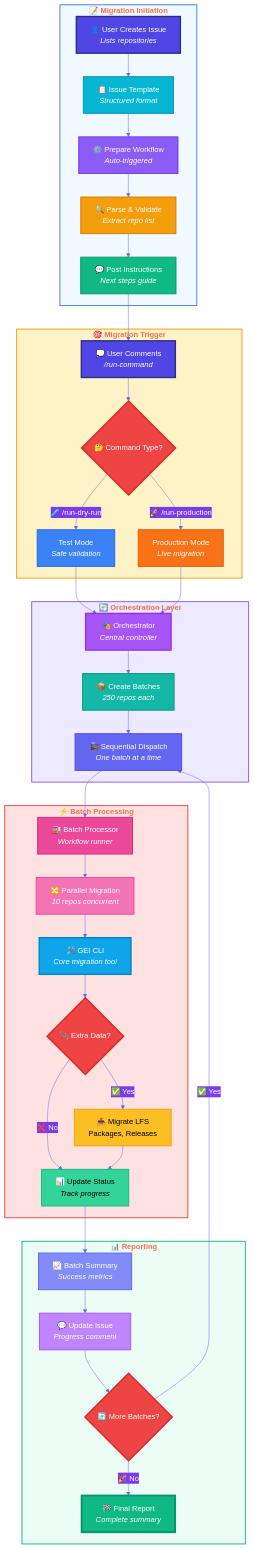
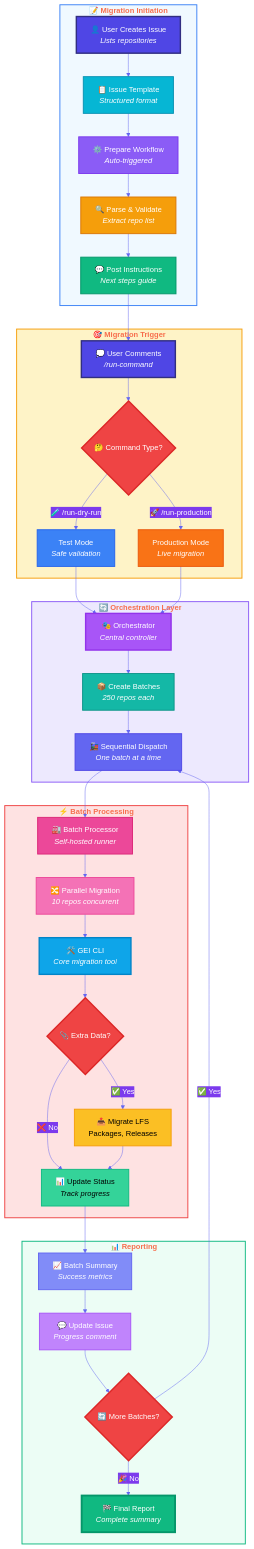
The first of 2 diagrams in README.md (cvega/migraction), drawn with Mermaid before and after one commit. The commit also changed other lines of this file, not shown here.

````diff
--- a/README.md
+++ b/README.md
@@ -295,68 +307,68 @@
 ```mermaid
 %%{init: {'theme':'base', 'themeVariables': { 'primaryColor':'#1f2937', 'primaryBorderColor':'#4f46e5', 'primaryTextColor':'#fff', 'lineColor':'#6366f1', 'secondaryColor':'#7c3aed', 'tertiaryColor':'#0891b2', 'background':'#f8fafc', 'mainBkg':'#ffffff', 'secondBkg':'#f1f5f9', 'tertiaryBkg':'#e0e7ff', 'textColor':'#1e293b', 'fontSize':'16px'}}}%%
 graph TB
     subgraph INIT["<b>📝 Migration Initiation</b>"]
         A["👤 User Creates Issue<br/><i>Lists repositories</i>"]:::userAction --> B["📋 Issue Template<br/><i>Structured format</i>"]:::template
         B --> C["⚙️ Prepare Workflow<br/><i>Auto-triggered</i>"]:::workflow
         C --> D["🔍 Parse & Validate<br/><i>Extract repo list</i>"]:::process
         D --> E["💬 Post Instructions<br/><i>Next steps guide</i>"]:::output
     end
     
     subgraph TRIGGER["<b>🎯 Migration Trigger</b>"]
         E --> F["💭 User Comments<br/><i>/run-command</i>"]:::userAction
         F --> G{"🤔 Command Type?"}:::decision
         G -->|"🧪 /run-dry-run"| H["Test Mode<br/><i>Safe validation</i>"]:::dryrun
         G -->|"🚀 /run-production"| I["Production Mode<br/><i>Live migration</i>"]:::production
     end
     
     subgraph ORCHESTRATE["<b>🔄 Orchestration Layer</b>"]
         H --> J["🎭 Orchestrator<br/><i>Central controller</i>"]:::orchestrator
         I --> J
         J --> K["📦 Create Batches<br/><i>250 repos each</i>"]:::batch
         K --> L["🚂 Sequential Dispatch<br/><i>One batch at a time</i>"]:::dispatch
     end
     
     subgraph PROCESS["<b>⚡ Batch Processing</b>"]
-        L --> M["🏭 Batch Processor<br/><i>Workflow runner</i>"]:::processor
+        L --> M["🏭 Batch Processor<br/><i>Self-hosted runner</i>"]:::processor
         M --> N["🔀 Parallel Migration<br/><i>10 repos concurrent</i>"]:::parallel
         N --> O["🛠️ GEI CLI<br/><i>Core migration tool</i>"]:::gei
         O --> P{"📎 Extra Data?"}:::decision
         P -->|"✅ Yes"| Q["📤 Migrate LFS<br/>Packages, Releases"]:::extra
         P -->|"❌ No"| R["📊 Update Status<br/><i>Track progress</i>"]:::status
         Q --> R
     end
     
     subgraph REPORT["<b>📊 Reporting</b>"]
         R --> S["📈 Batch Summary<br/><i>Success metrics</i>"]:::summary
         S --> T["💬 Update Issue<br/><i>Progress comment</i>"]:::comment
         T --> U{"🔄 More Batches?"}:::decision
         U -->|"✅ Yes"| L
         U -->|"🎉 No"| V["🏁 Final Report<br/><i>Complete summary</i>"]:::final
     end
     
     classDef userAction fill:#4f46e5,stroke:#312e81,stroke-width:3px,color:#fff
     classDef template fill:#06b6d4,stroke:#0891b2,stroke-width:2px,color:#fff
     classDef workflow fill:#8b5cf6,stroke:#7c3aed,stroke-width:2px,color:#fff
     classDef process fill:#f59e0b,stroke:#d97706,stroke-width:2px,color:#fff
     classDef output fill:#10b981,stroke:#059669,stroke-width:2px,color:#fff
     classDef decision fill:#ef4444,stroke:#dc2626,stroke-width:3px,color:#fff
     classDef dryrun fill:#3b82f6,stroke:#2563eb,stroke-width:2px,color:#fff
     classDef production fill:#f97316,stroke:#ea580c,stroke-width:2px,color:#fff
     classDef orchestrator fill:#a855f7,stroke:#9333ea,stroke-width:3px,color:#fff
     classDef batch fill:#14b8a6,stroke:#0d9488,stroke-width:2px,color:#fff
     classDef dispatch fill:#6366f1,stroke:#4f46e5,stroke-width:2px,color:#fff
     classDef processor fill:#ec4899,stroke:#db2777,stroke-width:2px,color:#fff
     classDef parallel fill:#f472b6,stroke:#ec4899,stroke-width:2px,color:#fff
     classDef gei fill:#0ea5e9,stroke:#0284c7,stroke-width:3px,color:#fff
     classDef extra fill:#fbbf24,stroke:#f59e0b,stroke-width:2px,color:#000
     classDef status fill:#34d399,stroke:#10b981,stroke-width:2px,color:#000
     classDef summary fill:#818cf8,stroke:#6366f1,stroke-width:2px,color:#fff
     classDef comment fill:#c084fc,stroke:#a855f7,stroke-width:2px,color:#fff
     classDef final fill:#10b981,stroke:#059669,stroke-width:4px,color:#fff
     
     style INIT fill:#f0f9ff,stroke:#3b82f6,stroke-width:2px
     style TRIGGER fill:#fef3c7,stroke:#f59e0b,stroke-width:2px
     style ORCHESTRATE fill:#ede9fe,stroke:#8b5cf6,stroke-width:2px
     style PROCESS fill:#fee2e2,stroke:#ef4444,stroke-width:2px
     style REPORT fill:#ecfdf5,stroke:#10b981,stroke-width:2px
 ```
````
